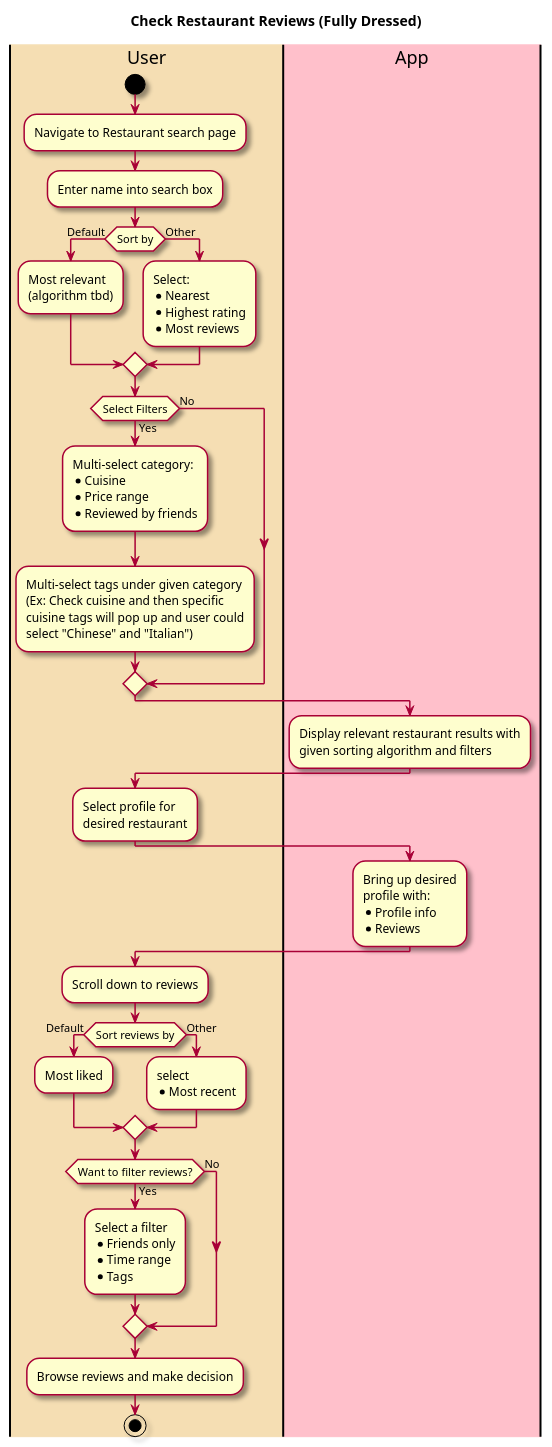
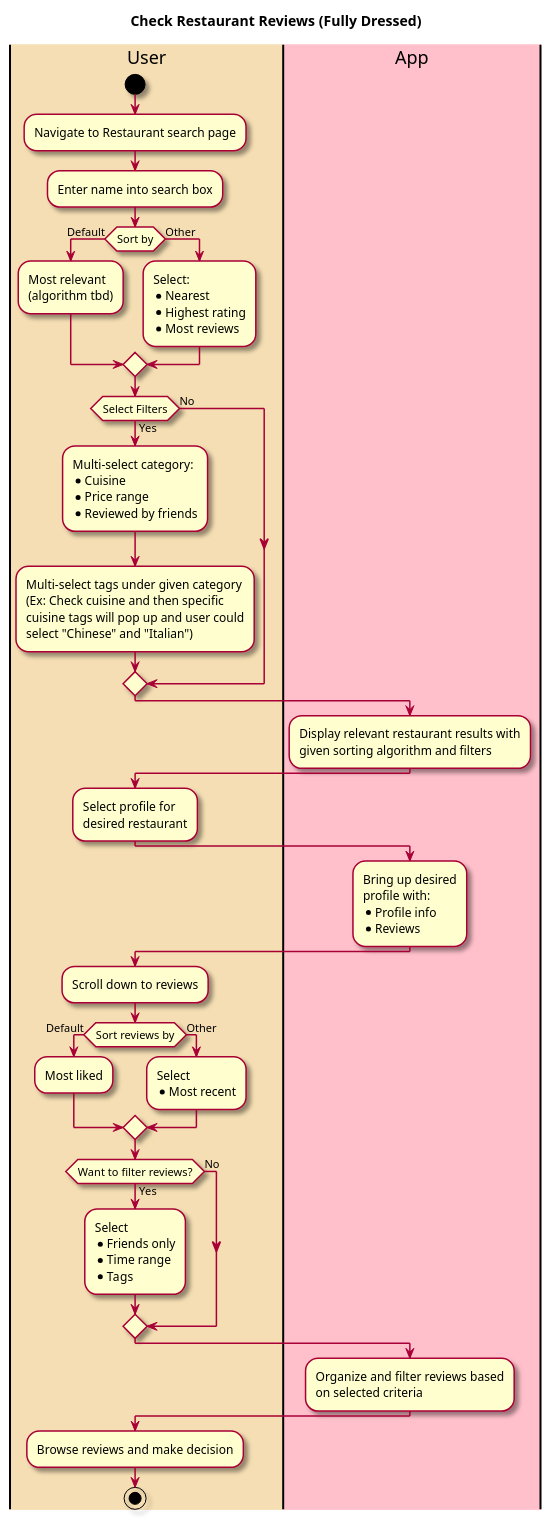
One commit to tanwasp/LunchBox-Android changed the diagram in intellij/doc/use_cases/check-restaurant.md. Above: the diagram before and after it, drawn with PlantUML. The commit also changed other lines of this file and 4 other files, not shown here.

```diff
--- a/intellij/doc/use_cases/check-restaurant.md
+++ b/intellij/doc/use_cases/check-restaurant.md
@@ -101,12 +101,12 @@
 if (Sort reviews by) is (Default) then
 :Most liked;
 else (Other)
-:select
+:Select
 * Most recent;
 endif
 
 if (Want to filter reviews?) is (Yes) then 
-:Select a filter
+:Select
 * Friends only
 * Time range
 * Tags;
@@ -114,6 +114,11 @@
 else (No)
 endif
 
+|App|
+:Organize and filter reviews based
+on selected criteria;
+
+|User|
 :Browse reviews and make decision;
 
 stop
```
